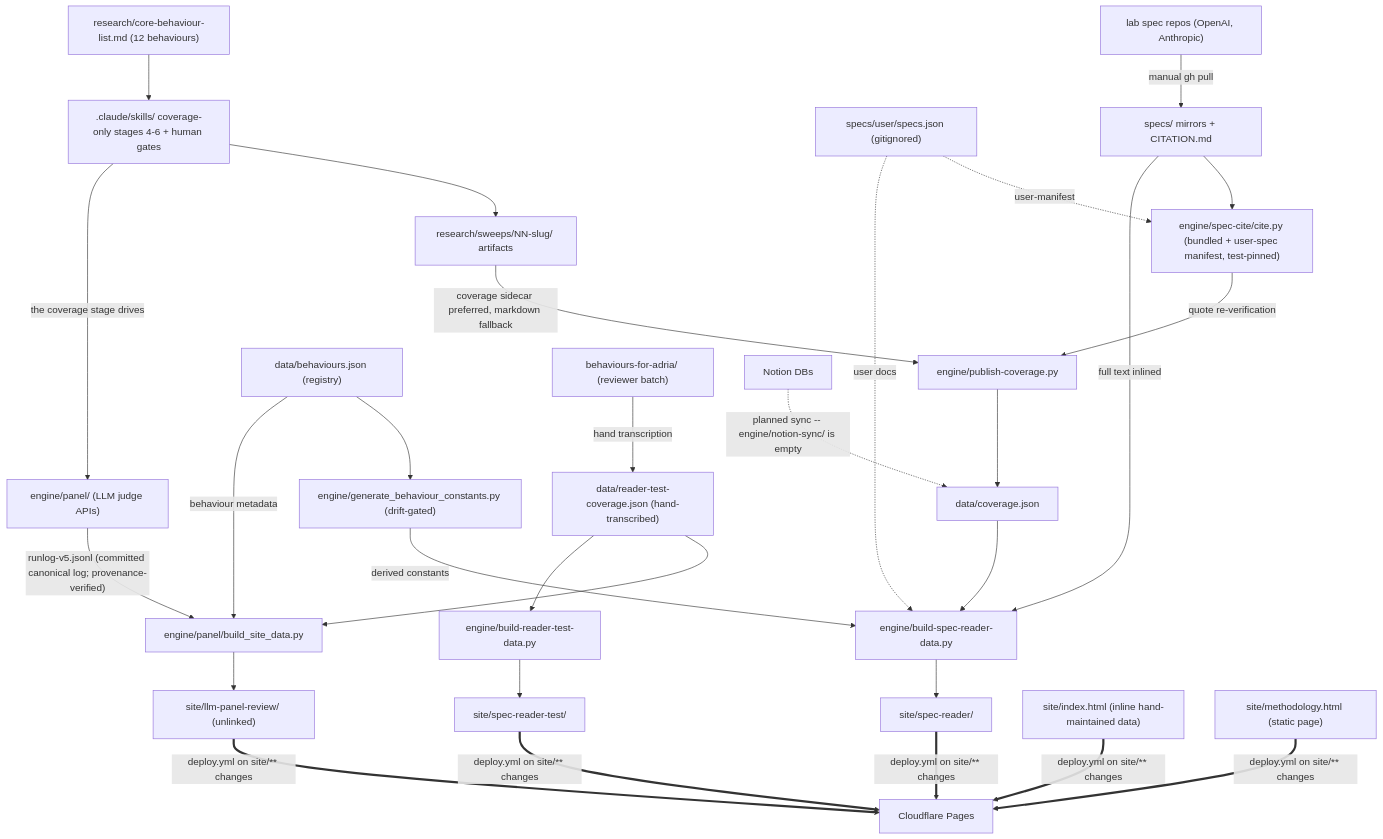
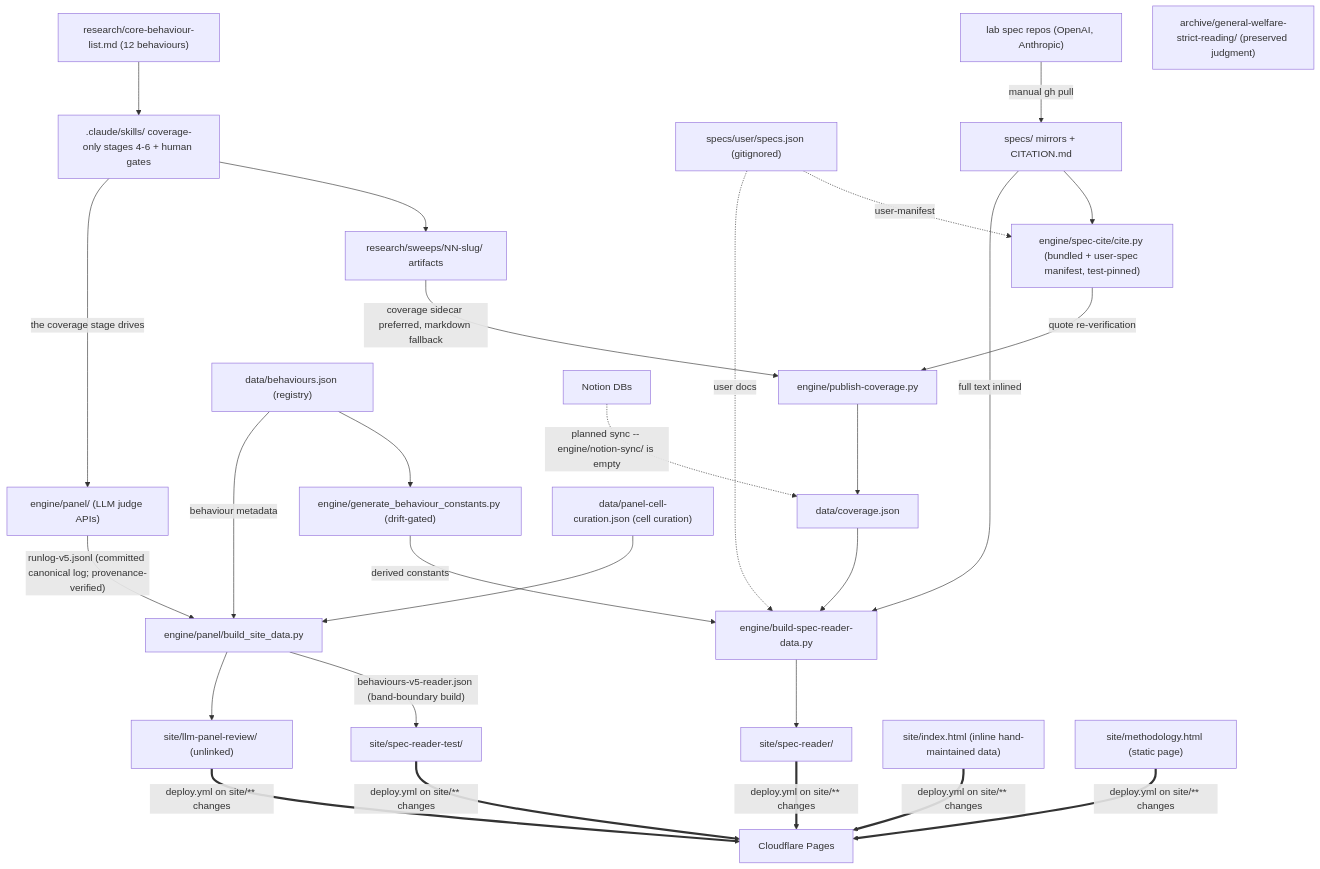
One commit to AndresCotton/ai-character-index changed the diagram in SYSTEM.md. Above: the diagram before and after it, drawn with Mermaid. The commit also changed other lines of this file and 30 other files, not shown here.

````diff
--- a/SYSTEM.md
+++ b/SYSTEM.md
@@ -13,29 +13,28 @@
 ```mermaid
 graph TB
   upstream["lab spec repos (OpenAI, Anthropic)"] -->|"manual gh pull"| specs["specs/ mirrors + CITATION.md"]
   specs --> cite["engine/spec-cite/cite.py (bundled + user-spec manifest, test-pinned)"]
   um["specs/user/specs.json (gitignored)"] -.->|user-manifest| cite
   core["research/core-behaviour-list.md (12 behaviours)"] --> skills[".claude/skills/ coverage-only stages 4-6 + human gates"]
   skills --> sweeps["research/sweeps/NN-slug/ artifacts"]
   skills -->|"the coverage stage drives"| panel["engine/panel/ (LLM judge APIs)"]
   sweeps -->|"coverage sidecar preferred, markdown fallback"| pub["engine/publish-coverage.py"]
   cite -->|"quote re-verification"| pub
   pub --> cov["data/coverage.json"]
   panel -->|"runlog-v5.jsonl (committed canonical log; provenance-verified)"| bsd["engine/panel/build_site_data.py"]
   reg["data/behaviours.json (registry)"] --> gbc["engine/generate_behaviour_constants.py (drift-gated)"]
   reg -->|behaviour metadata| bsd
   gbc -->|derived constants| bsr
-  rtc["data/reader-test-coverage.json (hand-transcribed)"] --> bsd
-  rtc --> brt["engine/build-reader-test-data.py"]
+  cur["data/panel-cell-curation.json (cell curation)"] --> bsd
   cov --> bsr["engine/build-spec-reader-data.py"]
   um -.->|user docs| bsr
   specs -->|"full text inlined"| bsr
   bsr --> reader["site/spec-reader/"]
-  brt --> bench["site/spec-reader-test/"]
+  bsd -->|"behaviours-v5-reader.json (band-boundary build)"| bench["site/spec-reader-test/"]
   bsd --> panelview["site/llm-panel-review/ (unlinked)"]
-  adria["behaviours-for-adria/ (reviewer batch)"] -->|"hand transcription"| rtc
+  arch["archive/general-welfare-strict-reading/ (preserved judgment)"]
   proto["site/index.html (inline hand-maintained data)"]
   meth["site/methodology.html (static page)"]
   reader & bench & panelview & proto & meth ==>|"deploy.yml on site/** changes"| cf["Cloudflare Pages"]
   notion["Notion DBs"] -.->|"planned sync -- engine/notion-sync/ is empty"| cov
 ```
````
